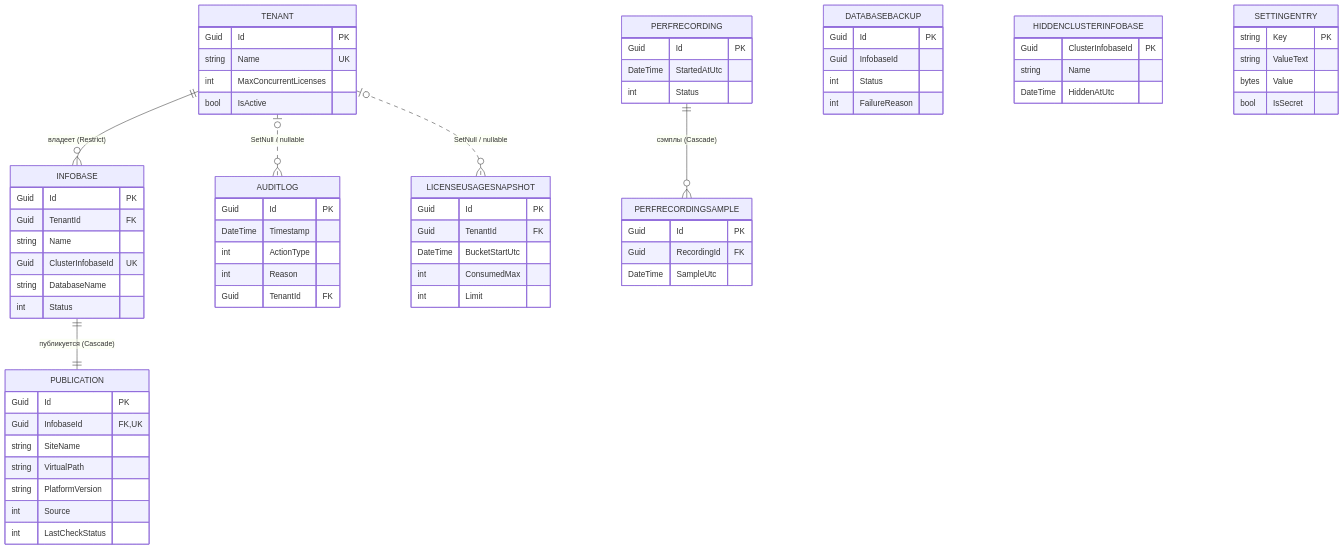
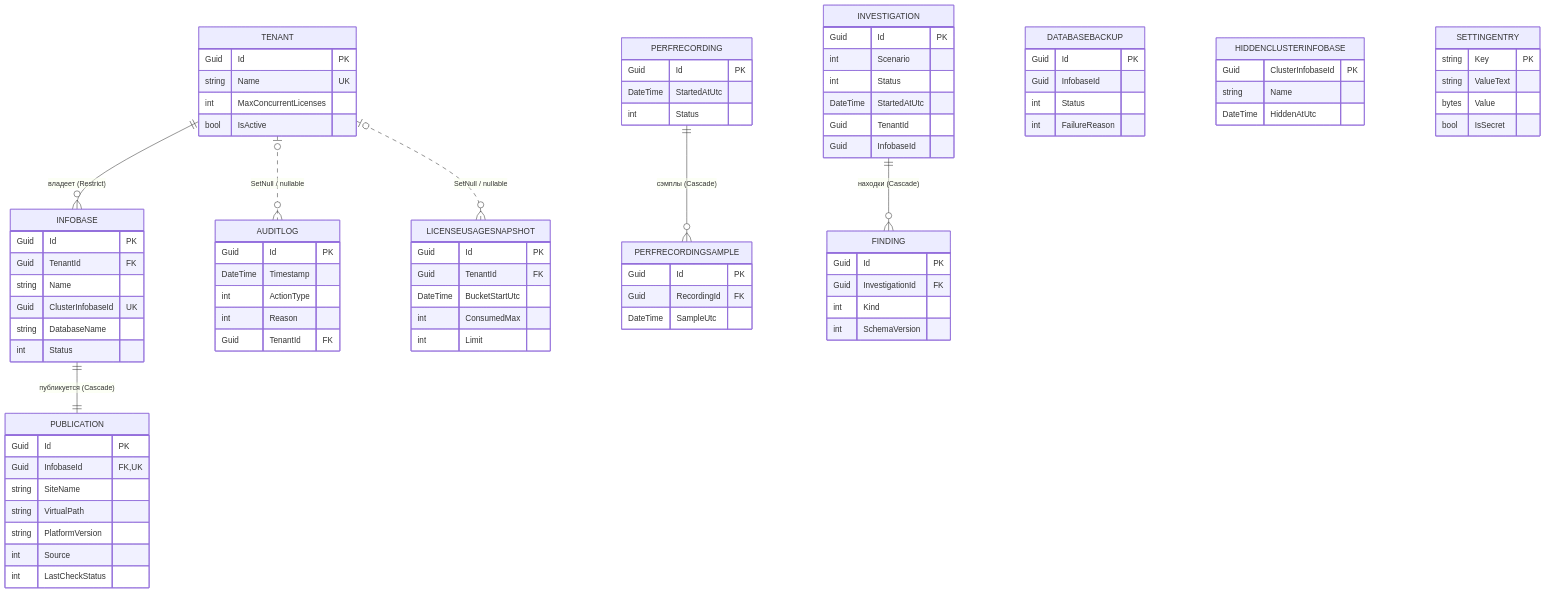
The sixth of 6 diagrams in docs/03_DOMAIN_MODEL.md (sdbsm/MitLicenseCenter), drawn with Mermaid before and after one commit. The commit also changed other lines of this file and 6 other files, not shown here.

```diff
--- a/docs/03_DOMAIN_MODEL.md
+++ b/docs/03_DOMAIN_MODEL.md
@@ -607,6 +724,7 @@
     TENANT |o..o{ AUDITLOG : "SetNull / nullable"
     TENANT |o..o{ LICENSEUSAGESNAPSHOT : "SetNull / nullable"
     PERFRECORDING ||--o{ PERFRECORDINGSAMPLE : "сэмплы (Cascade)"
+    INVESTIGATION ||--o{ FINDING : "находки (Cascade)"
 
     TENANT {
         Guid Id PK
@@ -655,6 +773,20 @@
         Guid RecordingId FK
         DateTime SampleUtc
     }
+    INVESTIGATION {
+        Guid Id PK
+        int Scenario
+        int Status
+        DateTime StartedAtUtc
+        Guid TenantId
+        Guid InfobaseId
+    }
+    FINDING {
+        Guid Id PK
+        Guid InvestigationId FK
+        int Kind
+        int SchemaVersion
+    }
     DATABASEBACKUP {
         Guid Id PK
         Guid InfobaseId
```
